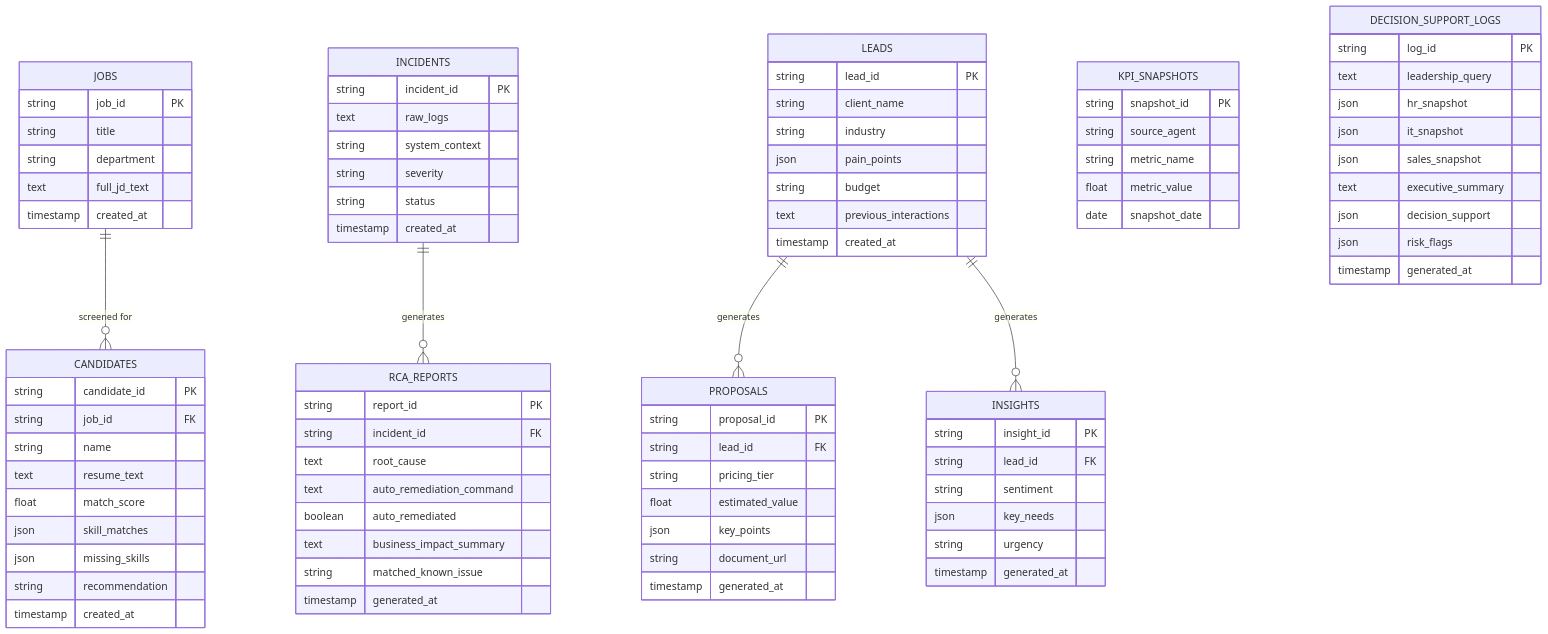
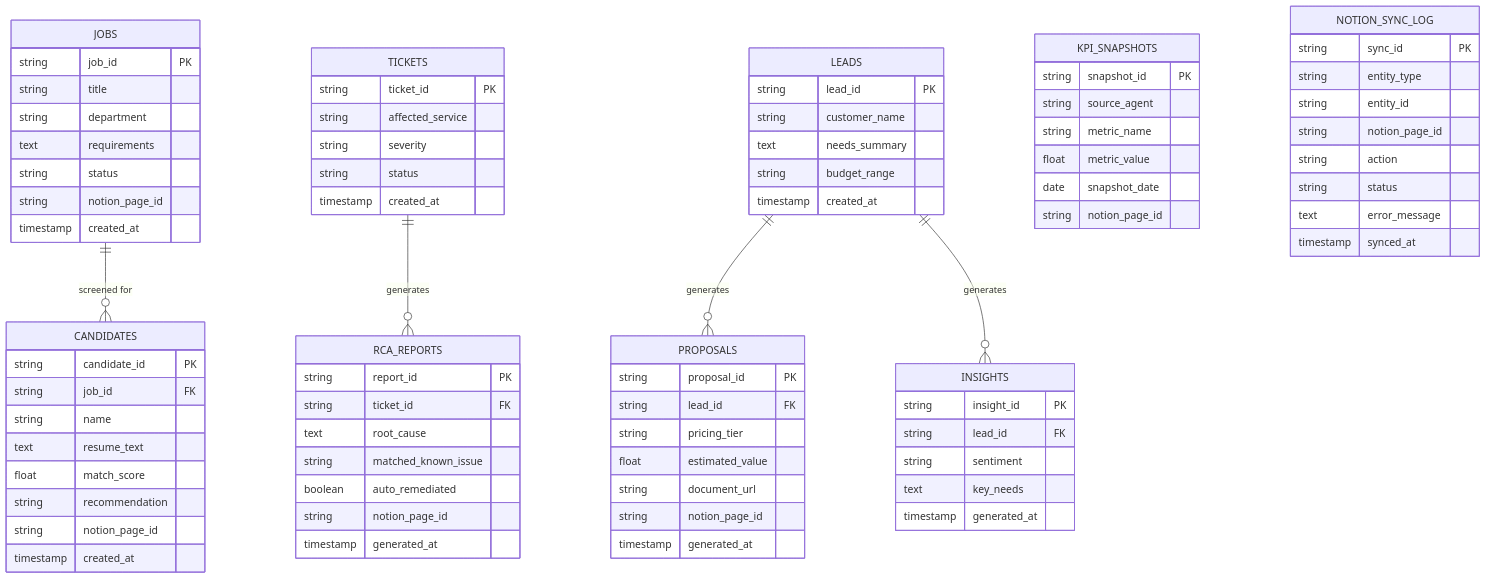
The seventh of 7 diagrams in README.md (HarshSinha-1/Multi_agent_orchestration_purposive), drawn with Mermaid before and after one commit. The commit also changed other lines of this file, not shown here.

````diff
--- a/README.md
+++ b/README.md
@@ -560,7 +582,9 @@
         string job_id PK
         string title
         string department
-        text full_jd_text
+        text requirements
+        string status
+        string notion_page_id
         timestamp created_at
     }
     CANDIDATES {
@@ -569,29 +593,26 @@
         string name
         text resume_text
         float match_score
-        json skill_matches
-        json missing_skills
         string recommendation
+        string notion_page_id
         timestamp created_at
     }
 
-    INCIDENTS ||--o{ RCA_REPORTS : "generates"
-    INCIDENTS {
-        string incident_id PK
-        text raw_logs
-        string system_context
+    TICKETS ||--o{ RCA_REPORTS : "generates"
+    TICKETS {
+        string ticket_id PK
+        string affected_service
         string severity
         string status
         timestamp created_at
     }
     RCA_REPORTS {
         string report_id PK
-        string incident_id FK
+        string ticket_id FK
         text root_cause
-        text auto_remediation_command
+        string matched_known_issue
         boolean auto_remediated
-        text business_impact_summary
-        string matched_known_issue
+        string notion_page_id
         timestamp generated_at
     }
 
@@ -599,11 +620,9 @@
     LEADS ||--o{ INSIGHTS : "generates"
     LEADS {
         string lead_id PK
-        string client_name
-        string industry
-        json pain_points
-        string budget
-        text previous_interactions
+        string customer_name
+        text needs_summary
+        string budget_range
         timestamp created_at
     }
     PROPOSALS {
@@ -611,16 +630,15 @@
         string lead_id FK
         string pricing_tier
         float estimated_value
-        json key_points
         string document_url
+        string notion_page_id
         timestamp generated_at
     }
     INSIGHTS {
         string insight_id PK
         string lead_id FK
         string sentiment
-        json key_needs
-        string urgency
+        text key_needs
         timestamp generated_at
     }
 
@@ -630,17 +648,17 @@
         string metric_name
         float metric_value
         date snapshot_date
+        string notion_page_id
     }
 
-    DECISION_SUPPORT_LOGS {
-        string log_id PK
-        text leadership_query
-        json hr_snapshot
-        json it_snapshot
-        json sales_snapshot
-        text executive_summary
-        json decision_support
-        json risk_flags
-        timestamp generated_at
+    NOTION_SYNC_LOG {
+        string sync_id PK
+        string entity_type
+        string entity_id
+        string notion_page_id
+        string action
+        string status
+        text error_message
+        timestamp synced_at
     }
 ```
````
